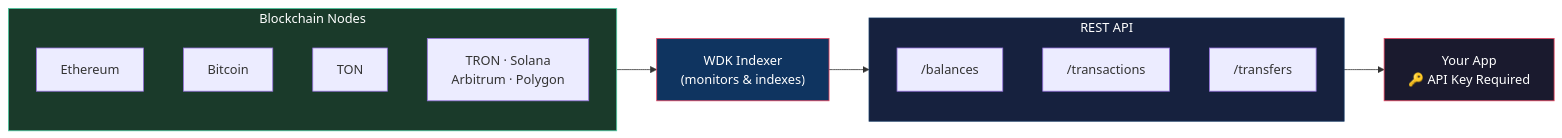
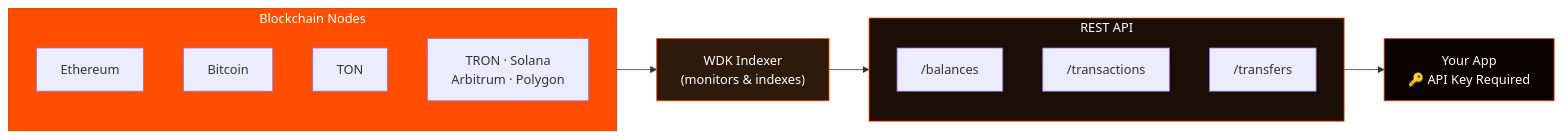
One commit to gatteo/wdk-docs changed the diagram in tools/indexer-api/README.md. Above: the diagram before and after it, drawn with Mermaid. The commit also changed 21 other files, not shown here.

Commit message:
docs: update all mermaid diagrams to WDK branding colors (#FF4E00 orange, #080201 dark)

````diff
--- a/tools/indexer-api/README.md
+++ b/tools/indexer-api/README.md
@@ -23,28 +23,28 @@
 ```mermaid
 flowchart LR
     subgraph Chains["Blockchain Nodes"]
         ETH["Ethereum"]
         BTC["Bitcoin"]
         TON["TON"]
         MORE["TRON · Solana\nArbitrum · Polygon"]
     end
 
     IDX["WDK Indexer\n(monitors & indexes)"]
 
     subgraph API["REST API"]
         EP1["/balances"]
         EP2["/transactions"]
         EP3["/transfers"]
     end
 
     APP["Your App\n🔑 API Key Required"]
 
     Chains --> IDX
     IDX --> API
     API --> APP
 
-    style Chains fill:#1a3a2a,stroke:#4ecca3,color:#fff
-    style IDX fill:#0f3460,stroke:#e94560,color:#fff
-    style API fill:#16213e,stroke:#0f3460,color:#fff
-    style APP fill:#1a1a2e,stroke:#e94560,color:#fff
+    style Chains fill:#FF4E00,stroke:#cc3e00,color:#fff
+    style IDX fill:#2d1a0a,stroke:#FF4E00,color:#fff
+    style API fill:#1a0e06,stroke:#FF4E00,color:#fff
+    style APP fill:#080201,stroke:#FF4E00,color:#fff
 ```
````
